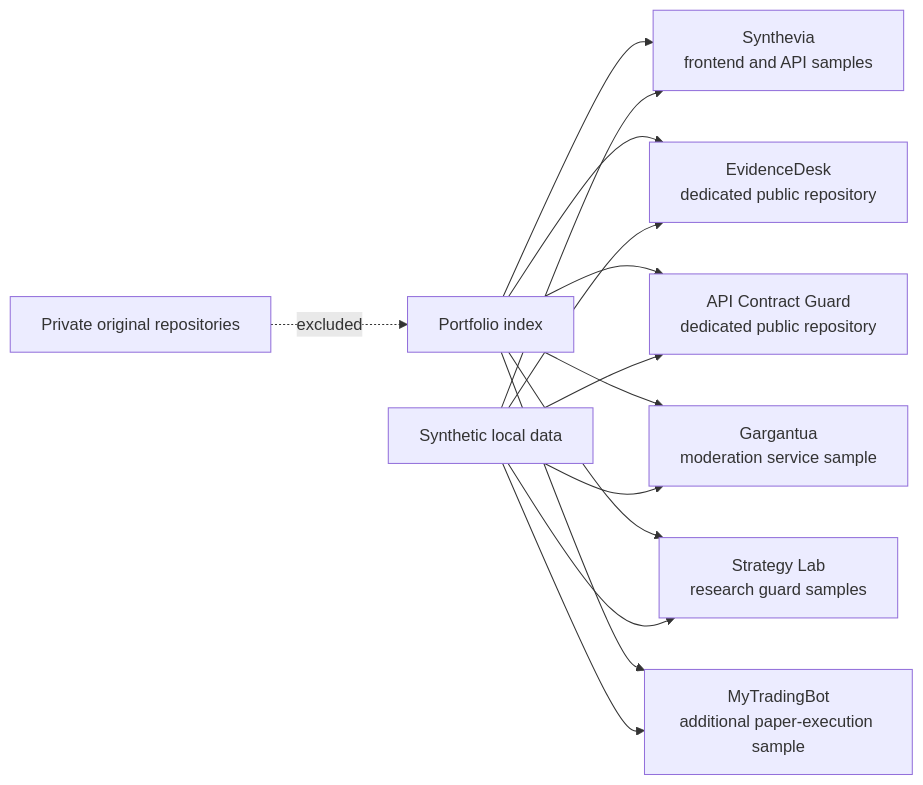
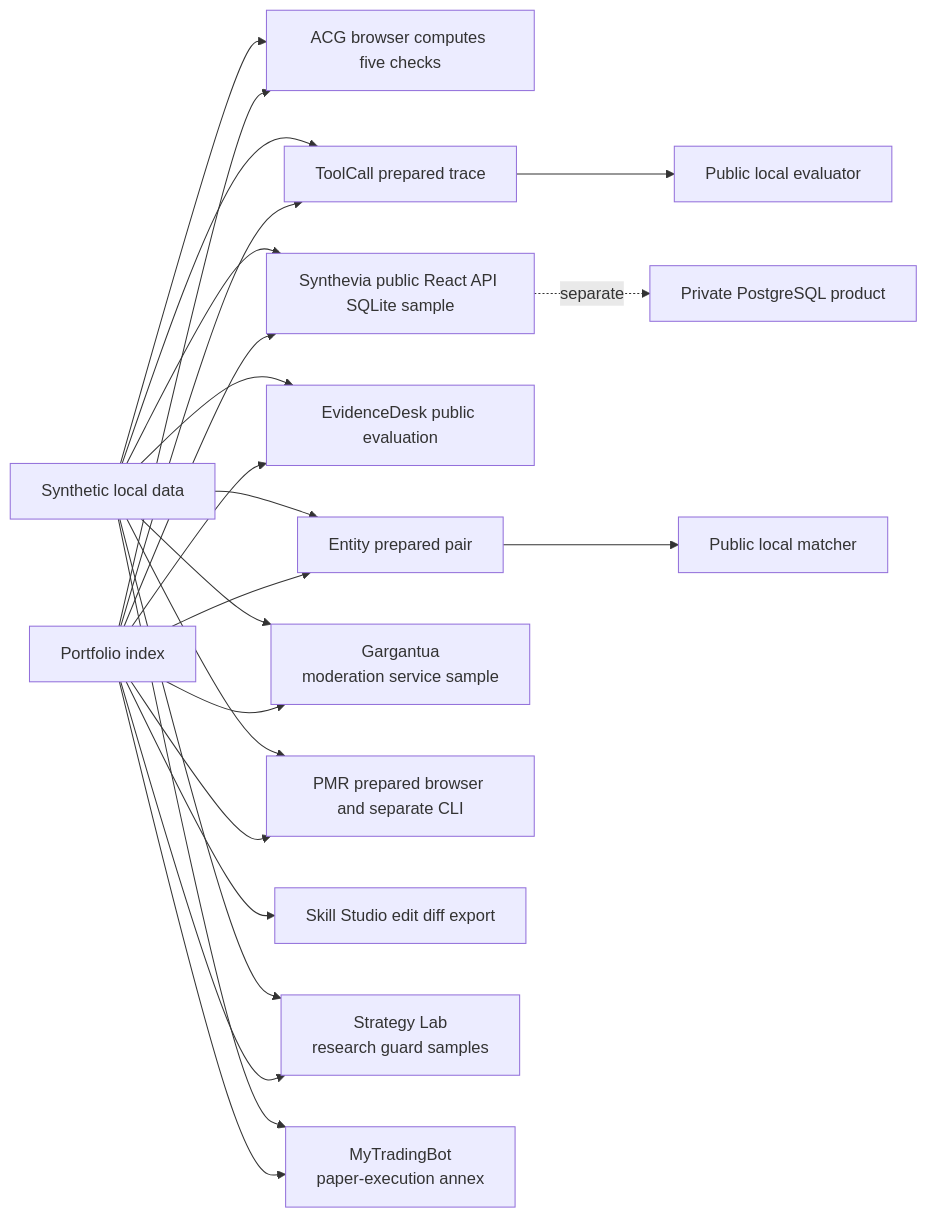
Before and after one commit to LuxuriantTech/software-engineering-portfolio: the diagram in README.md, drawn with Mermaid. The commit also changed other lines of this file and 26 other files, not shown here.

````diff
--- a/README.md
+++ b/README.md
@@ -42,18 +56,27 @@
 ```mermaid
 flowchart LR
-    P[Portfolio index] --> S[Synthevia\nfrontend and API samples]
-    P --> E[EvidenceDesk\ndedicated public repository]
-    P --> A[API Contract Guard\ndedicated public repository]
+    P[Portfolio index] --> A[ACG browser computes five checks]
+    P --> T[ToolCall prepared trace]
+    P --> R[Entity prepared pair]
+    P --> E[EvidenceDesk public evaluation]
+    P --> S[Synthevia public React API SQLite sample]
     P --> G[Gargantua\nmoderation service sample]
+    P --> M[PMR prepared browser and separate CLI]
+    P --> K[Skill Studio edit diff export]
     P --> L[Strategy Lab\nresearch guard samples]
-    P --> M[MyTradingBot\nadditional paper-execution sample]
+    P --> B[MyTradingBot\npaper-execution annex]
 
     D[Synthetic local data] --> S
     D --> E
     D --> A
+    D --> T
+    D --> R
     D --> G
     D --> L
     D --> M
+    D --> B
 
-    O[Private original repositories] -. excluded .-> P
+    T --> TL[Public local evaluator]
+    R --> RL[Public local matcher]
+    S -. separate .-> O[Private PostgreSQL product]
 ```
````
